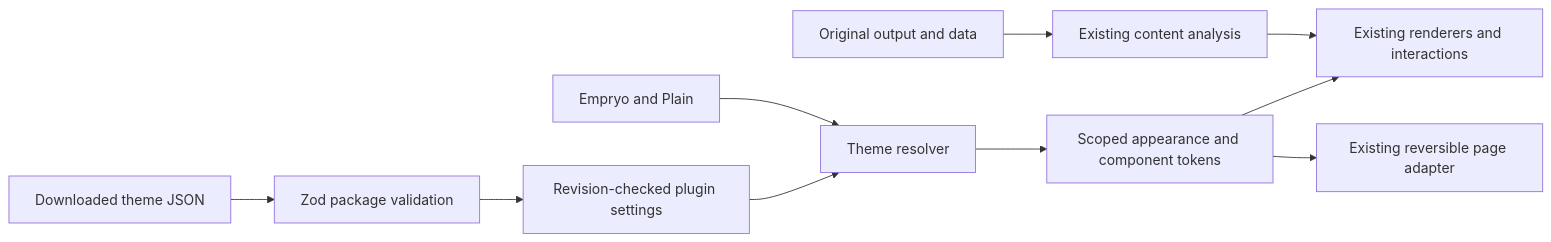
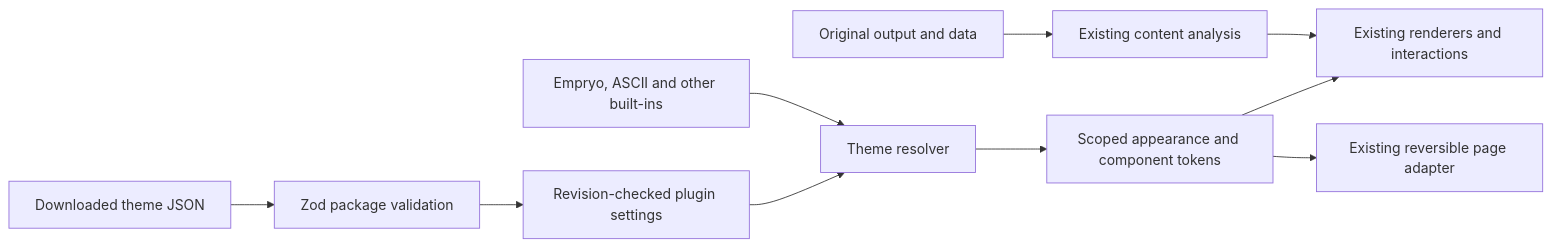
One commit to lisihao/dsh-intelligent-UI changed the diagram in docs/design/experience-themes.md. Above: the diagram before and after it, drawn with Mermaid. The commit also changed other lines of this file and 35 other files, not shown here.

Commit message:
Add ASCII flagship theme and conversation theme switcher

````diff
--- a/docs/design/experience-themes.md
+++ b/docs/design/experience-themes.md
@@ -13,12 +13,12 @@
 ```mermaid
 flowchart LR
   Output[Original output and data] --> Recognition[Existing content analysis]
   Recognition --> Renderer[Existing renderers and interactions]
   Package[Downloaded theme JSON] --> Validation[Zod package validation]
-  Builtins[Empryo and Plain] --> Resolver[Theme resolver]
+  Builtins[Empryo, ASCII and other built-ins] --> Resolver[Theme resolver]
   Validation --> Settings[Revision-checked plugin settings]
   Settings --> Resolver
   Resolver --> Tokens[Scoped appearance and component tokens]
   Tokens --> Renderer
   Tokens --> Pages[Existing reversible page adapter]
 ```
````
